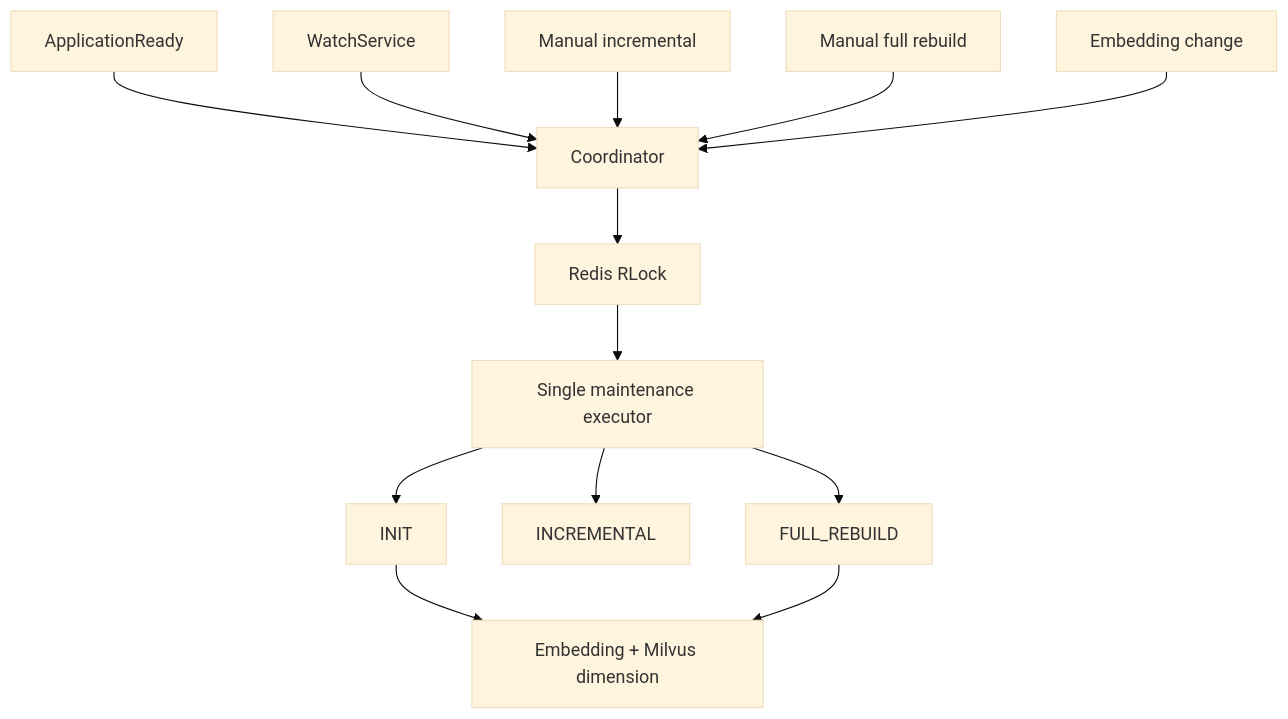
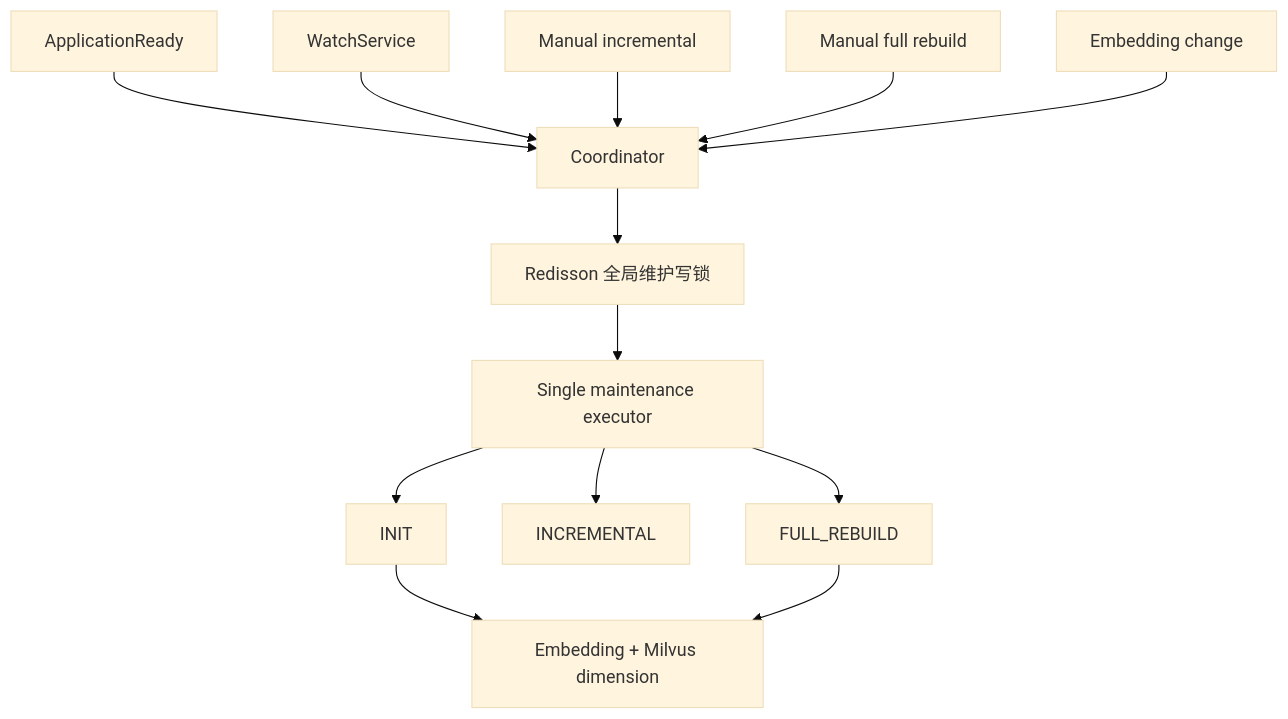
The second of 2 diagrams in 平台/RAG机制/知识库维护/知识库维护.md (jerryt92/j2agent-docs), drawn with Mermaid (base theme) before and after one commit. The commit also changed other lines of this file and 9 other files, not shown here.

````diff
--- a/平台/RAG机制/知识库维护/知识库维护.md
+++ b/平台/RAG机制/知识库维护/知识库维护.md
@@ -347,17 +462,17 @@
 ```mermaid
 flowchart TD
     startup[ApplicationReady] --> coordinator[Coordinator]
     watch[WatchService] --> coordinator
     manualInc[Manual incremental] --> coordinator
     manualFull[Manual full rebuild] --> coordinator
     embedChange[Embedding change] --> coordinator
 
-    coordinator --> redisLock[Redis RLock]
+    coordinator --> redisLock[Redisson 全局维护写锁]
     redisLock --> singleExecutor[Single maintenance executor]
     singleExecutor --> initTask[INIT]
     singleExecutor --> incTask[INCREMENTAL]
     singleExecutor --> fullTask[FULL_REBUILD]
 
     initTask --> runtimeState[Embedding + Milvus dimension]
     fullTask --> runtimeState
 ```
````
